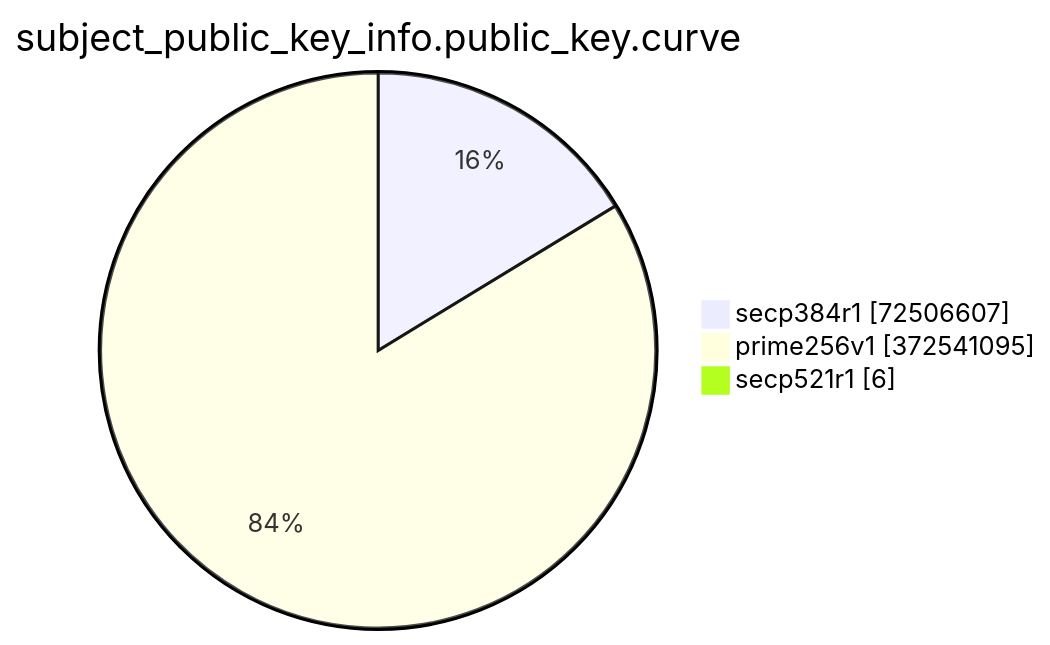
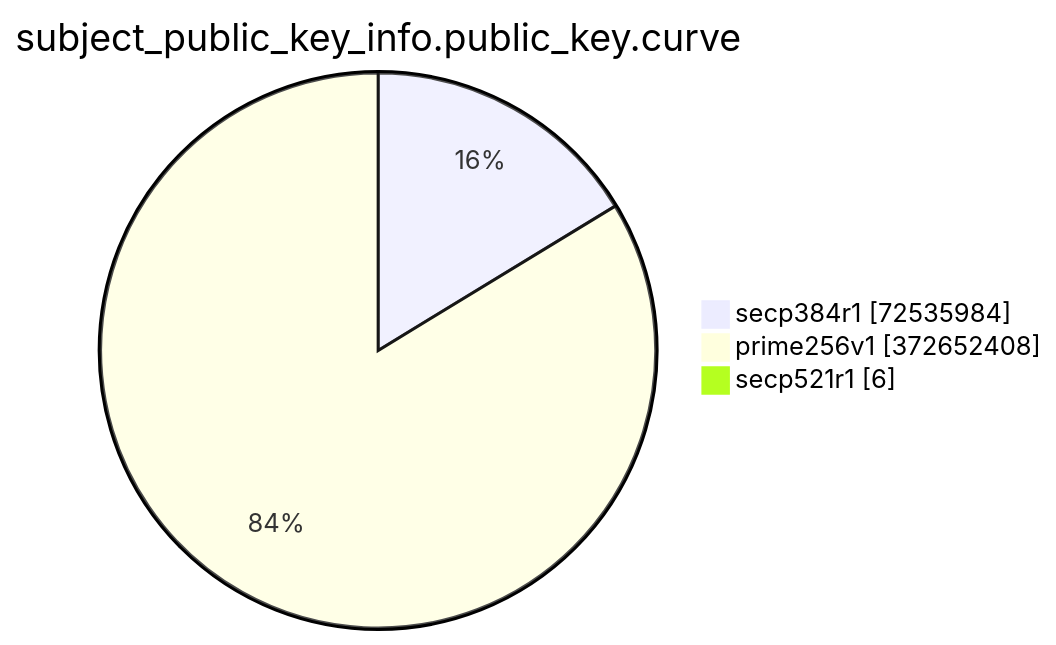
The eighth of 15 diagrams in TOTAL/README.md (christiankrug/ctmonitor_visualization), drawn with Mermaid before and after one commit. The commit also changed other lines of this file, not shown here.

````diff
--- a/TOTAL/README.md
+++ b/TOTAL/README.md
@@ -3092,7 +3092,7 @@
 ```mermaid
 pie showData
 title subject_public_key_info.public_key.curve
-"secp384r1" :72506607
-"prime256v1" :372541095
+"secp384r1" :72535984
+"prime256v1" :372652408
 "secp521r1" :6
 ```
````
